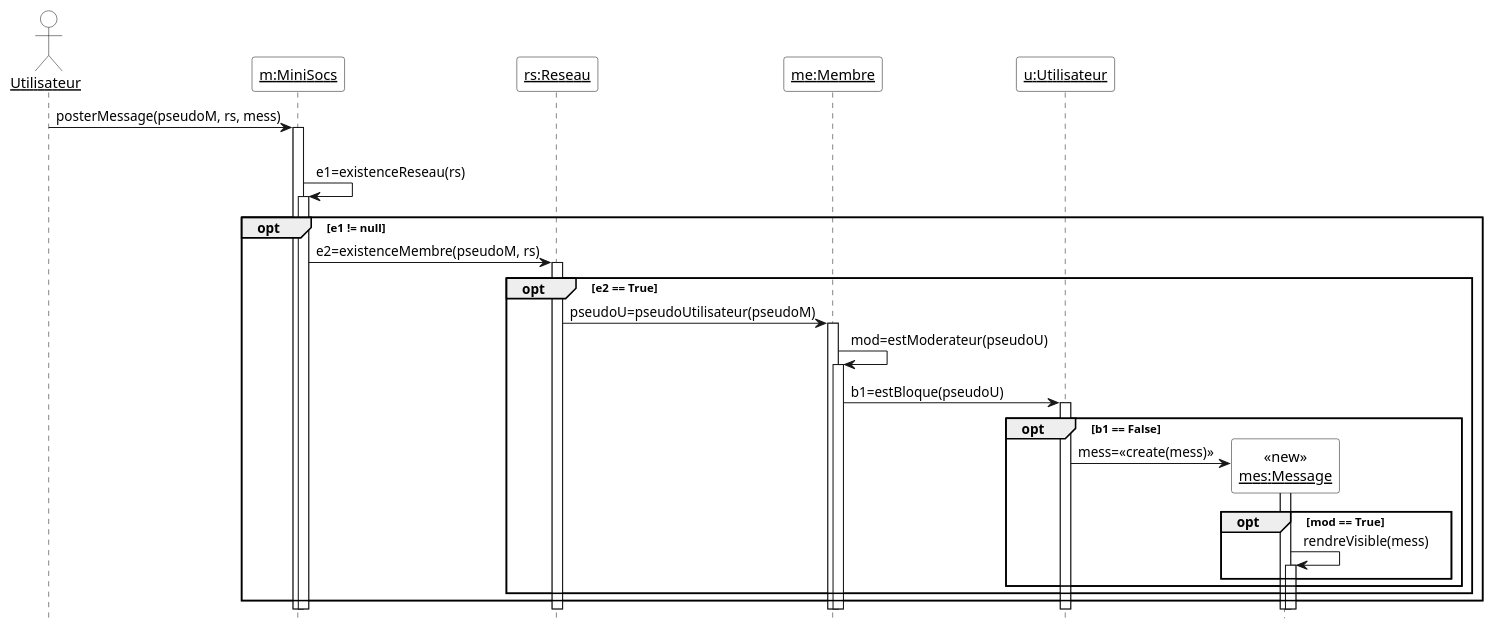
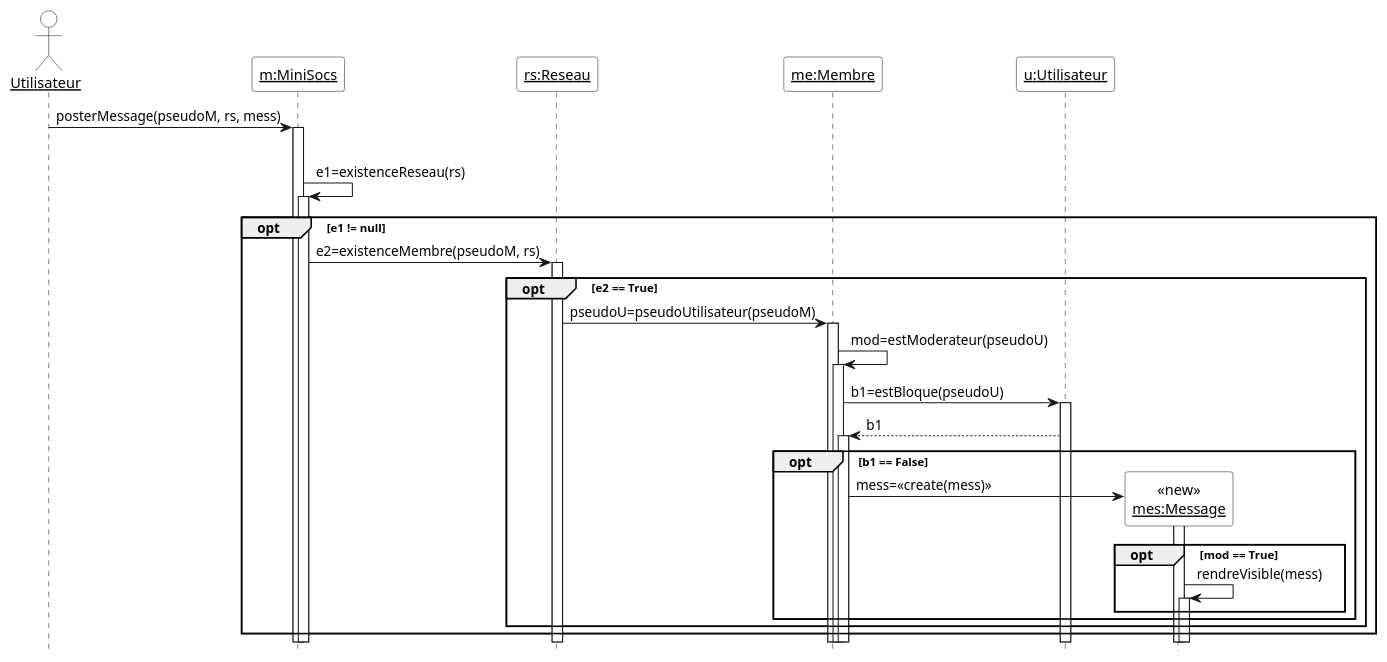
One commit to HugoKD/MiniSoc changed the diagram in Diagrammes/minisocs_uml_diag_poster_mess.pu. Above: the diagram before and after it, drawn with PlantUML. The commit also changed 11 other files, not shown here.

```diff
--- a/Diagrammes/minisocs_uml_diag_poster_mess.pu
+++ b/Diagrammes/minisocs_uml_diag_poster_mess.pu
@@ -1,36 +1,37 @@
 @startuml
 
 'Diagramme de séquence (PlantUML)'
 
 'Configuration charte graphique'
 hide footbox
 skinparam sequenceParticipantBackgroundColor White
 skinparam sequenceActorBackgroundColor White
 
 'Déclaration des acteurs et des participants (déjà existants avant la séquence)'
 actor "__Utilisateur__" as user
 participant "__m:MiniSocs__" as m
 participant "__rs:Reseau__" as rs
 participant "__me:Membre__" as me
 participant "__u:Utilisateur__" as u
 
 'Séquence avec les messages, les créations de participants, etc.'
 user -> m ++ : posterMessage(pseudoM, rs, mess)
 opt pseudoM, rs, mess non null ∧ non vide
   m -> m ++ : e1=existenceReseau(rs)
   opt e1 != null
     m -> rs ++ : e2=existenceMembre(pseudoM, rs)
     opt e2 == True
       rs -> me ++ : pseudoU=pseudoUtilisateur(pseudoM)
       me -> me ++ : mod=estModerateur(pseudoU)
       me -> u ++ : b1=estBloque(pseudoU)
+      u --> me ++ : b1
       opt b1 == False
         create "<<new>>\n__mes:Message__" as mess
-        u -> "__mes:Message__" as mess ++ : mess=<<create(mess)>>
+        me -> "__mes:Message__" as mess ++ : mess=<<create(mess)>>
         opt mod == True
           mess -> mess ++ : rendreVisible(mess)
 	end
     end
   end    
 end
 @enduml
```
